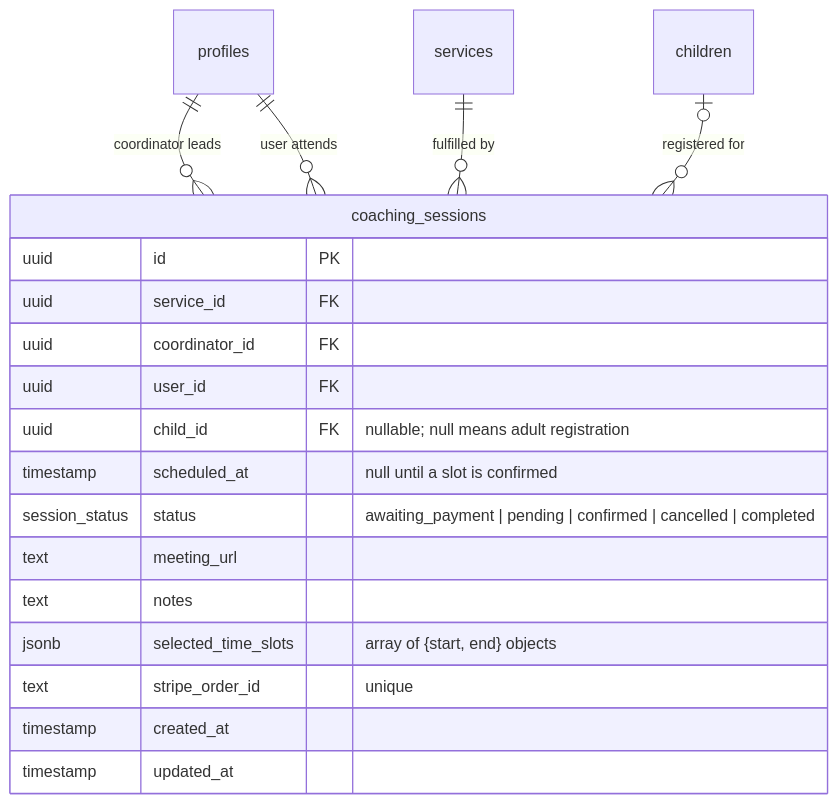
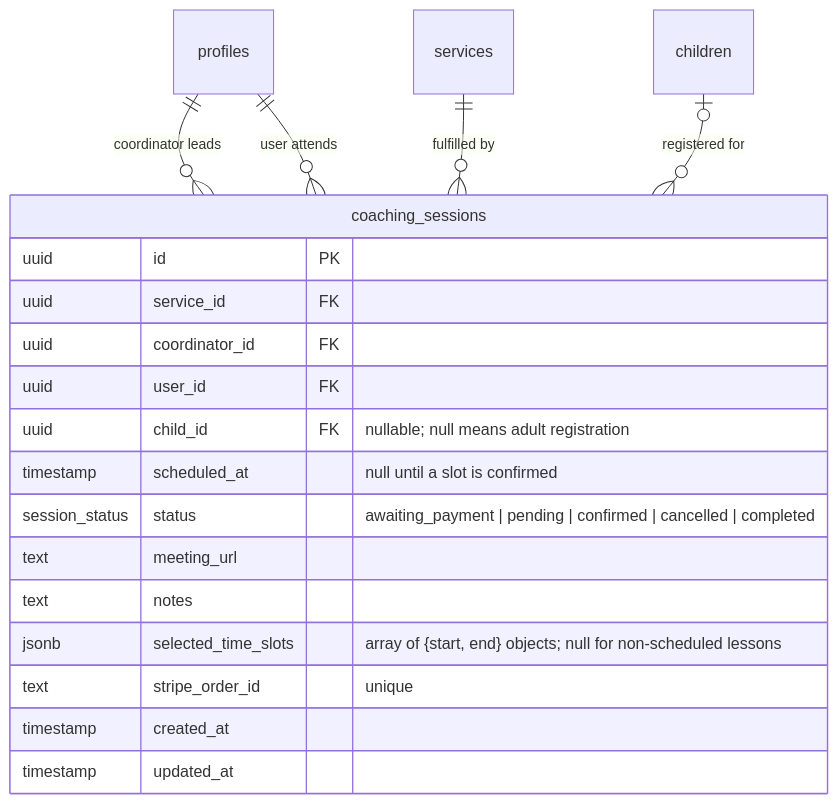
The diagram in docs/coaching.md (hack4impact/mcld-project), drawn with Mermaid before and after one commit. The commit also changed other lines of this file and 5 other files, not shown here.

First line of the commit message:
feat(schema): add is_scheduled to services and make selected_time_slots nullable

````diff
--- a/docs/coaching.md
+++ b/docs/coaching.md
@@ -6,23 +6,23 @@
 ```mermaid
 erDiagram
     coaching_sessions {
         uuid id PK
         uuid service_id FK
         uuid coordinator_id FK
         uuid user_id FK
         uuid child_id FK "nullable; null means adult registration"
         timestamp scheduled_at "null until a slot is confirmed"
         session_status status "awaiting_payment | pending | confirmed | cancelled | completed"
         text meeting_url
         text notes
-        jsonb selected_time_slots "array of {start, end} objects"
+        jsonb selected_time_slots "array of {start, end} objects; null for non-scheduled lessons"
         text stripe_order_id "unique"
         timestamp created_at
         timestamp updated_at
     }
 
     profiles ||--o{ coaching_sessions : "coordinator leads"
     profiles ||--o{ coaching_sessions : "user attends"
     services ||--o{ coaching_sessions : "fulfilled by"
     children |o--o{ coaching_sessions : "registered for"
 ```
````
